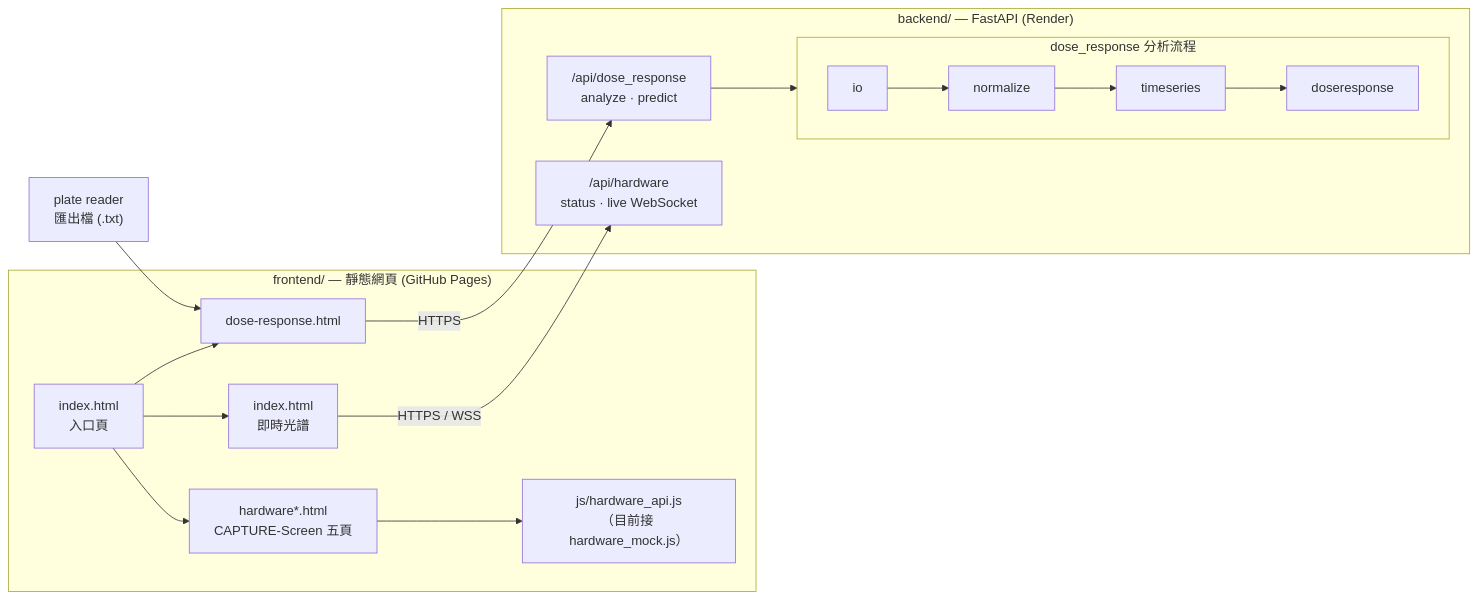
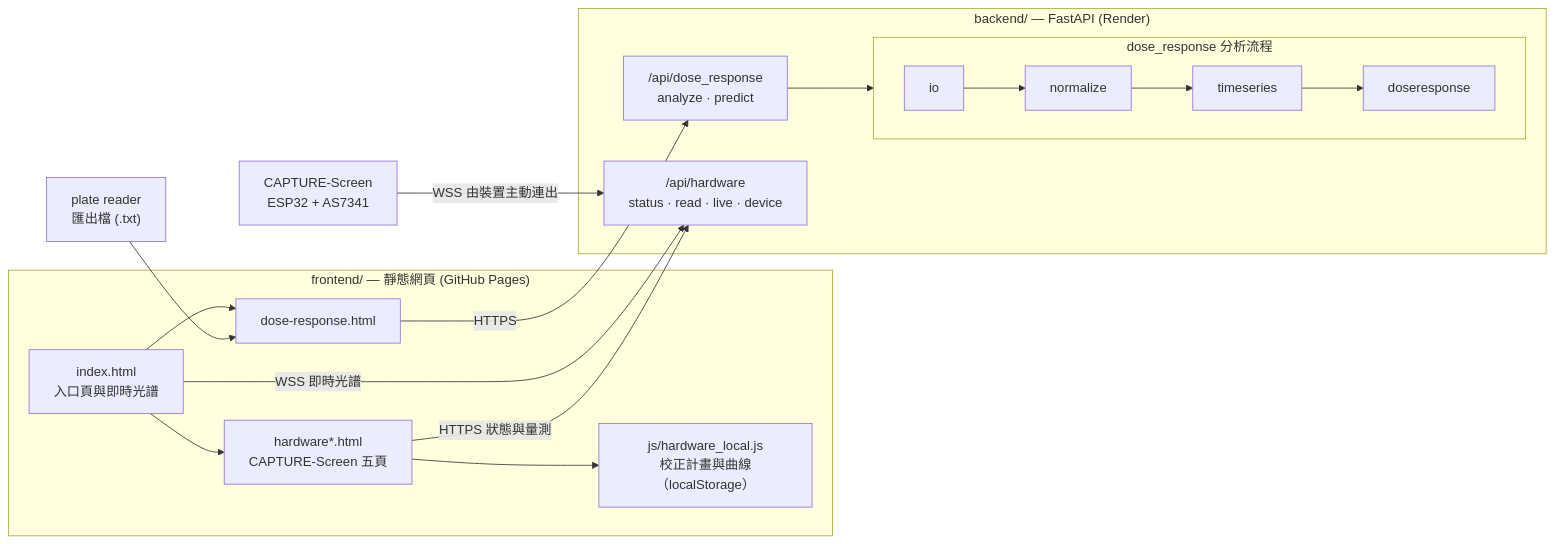
Before and after one commit to igem-ncku-software/igem-software: the diagram in README.md, drawn with Mermaid. The commit also changed other lines of this file and 45 other files, not shown here.

````diff
--- a/README.md
+++ b/README.md
@@ -14,30 +14,31 @@
 ```mermaid
 flowchart LR
     FILE["plate reader<br/>匯出檔 (.txt)"]
+    DEV["CAPTURE-Screen<br/>ESP32 + AS7341"]
 
     subgraph FE["frontend/ — 靜態網頁 (GitHub Pages)"]
-        IDX["index.html<br/>入口頁"]
+        IDX["index.html<br/>入口頁與即時光譜"]
         DR["dose-response.html"]
         HW["hardware*.html<br/>CAPTURE-Screen 五頁"]
-        MOCK["js/hardware_api.js<br/>（目前接 hardware_mock.js）"]
-        LIVE["index.html<br/>即時光譜"]
+        LOCAL["js/hardware_local.js<br/>校正計畫與曲線（localStorage）"]
         IDX --> DR
         IDX --> HW
-        IDX --> LIVE
-        HW --> MOCK
+        HW --> LOCAL
     end
 
     subgraph BE["backend/ — FastAPI (Render)"]
         RT1["/api/dose_response<br/>analyze · predict"]
-        RT2["/api/hardware<br/>status · live WebSocket"]
+        HUB["/api/hardware<br/>status · read · live · device"]
         subgraph PIPE["dose_response 分析流程"]
             direction LR
             IO["io"] --> NRM["normalize"] --> TS["timeseries"] --> DRS["doseresponse"]
         end
         RT1 --> PIPE
     end
 
     FILE --> DR
     DR -->|HTTPS| RT1
-    LIVE -->|HTTPS / WSS| RT2
+    IDX -->|WSS 即時光譜| HUB
+    HW -->|HTTPS 狀態與量測| HUB
+    DEV -->|WSS 由裝置主動連出| HUB
 ```
````
